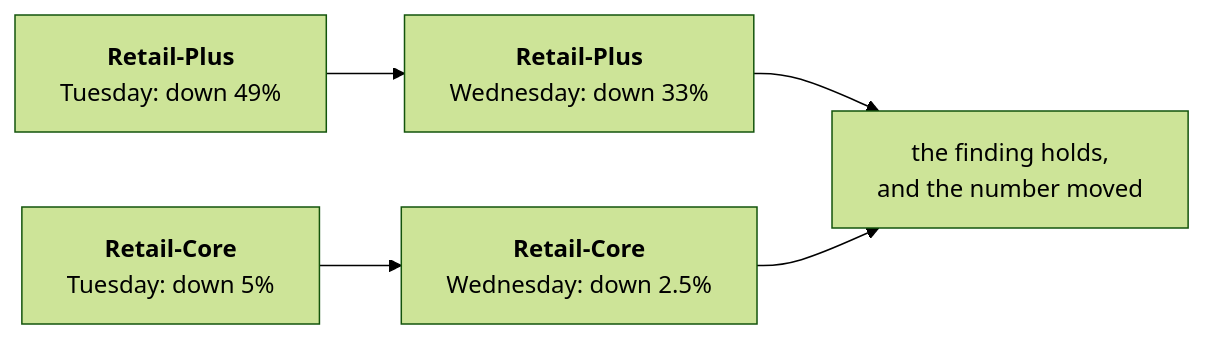
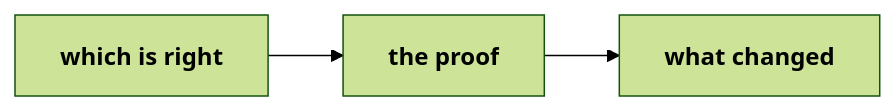
Before and after one commit to fde-academy-lab/c2-content-factory: the fifth of 6 diagrams in content/W01/D3/slides/C2_W01_D03_half2_STUDENT.md, drawn with Mermaid (forest theme). The commit also changed other lines of this file and 3 other files, not shown here.

````diff
--- a/content/W01/D3/slides/C2_W01_D03_half2_STUDENT.md
+++ b/content/W01/D3/slides/C2_W01_D03_half2_STUDENT.md
@@ -149,7 +259,4 @@
 ```mermaid
 flowchart LR
-    A["<b>Retail-Plus</b><br/>Tuesday: down 49%"] --> B["<b>Retail-Plus</b><br/>Wednesday: down 33%"]
-    C["<b>Retail-Core</b><br/>Tuesday: down 5%"] --> D["<b>Retail-Core</b><br/>Wednesday: down 2.5%"]
-    B --> E["the finding holds,<br/>and the number moved"]
-    D --> E
+    R["<b>which is right</b>"] --> P["<b>the proof</b>"] --> C["<b>what changed</b>"]
 ```
````
